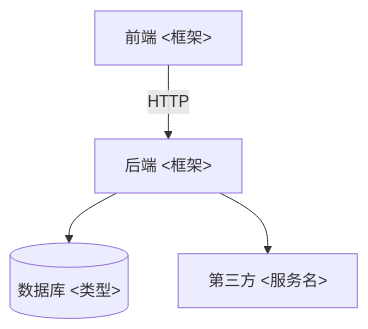
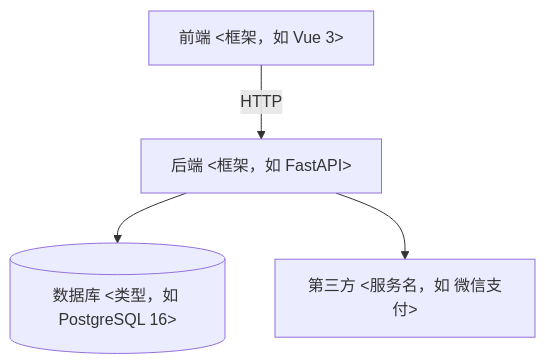
Before and after one commit to Aparencia/RoadBook: the diagram in template/docs/ARCHITECTURE.md, drawn with Mermaid. The commit also changed other lines of this file and 63 other files, not shown here.

````diff
--- a/template/docs/ARCHITECTURE.md
+++ b/template/docs/ARCHITECTURE.md
@@ -7,6 +9,6 @@
 ```mermaid
 graph TD
-    UI[前端 <框架>] -->|HTTP| API[后端 <框架>]
-    API --> DB[(数据库 <类型>)]
-    API --> EXT[第三方 <服务名>]
+    UI[前端 <框架，如 Vue 3>] -->|HTTP| API[后端 <框架，如 FastAPI>]
+    API --> DB[(数据库 <类型，如 PostgreSQL 16>)]
+    API --> EXT[第三方 <服务名，如 微信支付>]
 ```
````
